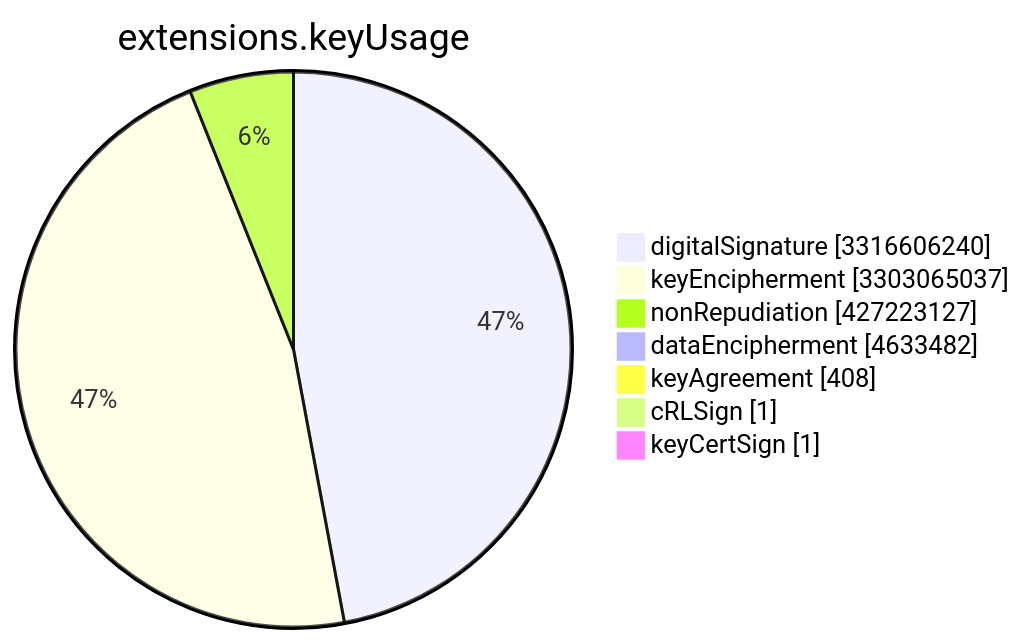
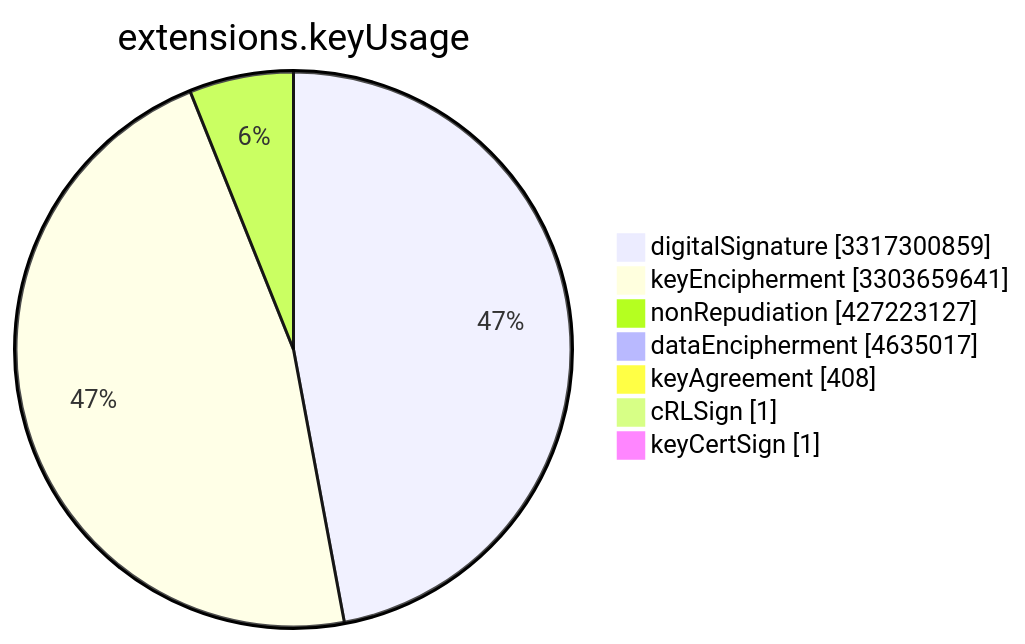
The sixth of 15 diagrams in TOTAL/README.md (christiankrug/ctmonitor_visualization), drawn with Mermaid before and after one commit. The commit also changed other lines of this file, not shown here.

````diff
--- a/TOTAL/README.md
+++ b/TOTAL/README.md
@@ -3078,11 +3078,11 @@
 ```mermaid
 pie showData
 title extensions.keyUsage
-"digitalSignature" :3316606240
-"keyEncipherment" :3303065037
+"digitalSignature" :3317300859
+"keyEncipherment" :3303659641
 "nonRepudiation" :427223127
-"dataEncipherment" :4633482
+"dataEncipherment" :4635017
 "keyAgreement" :408
 "cRLSign" :1
 "keyCertSign" :1
 ```
````
